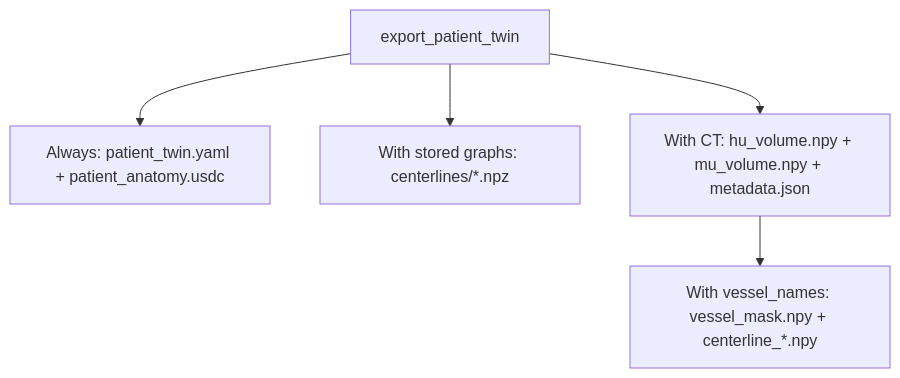
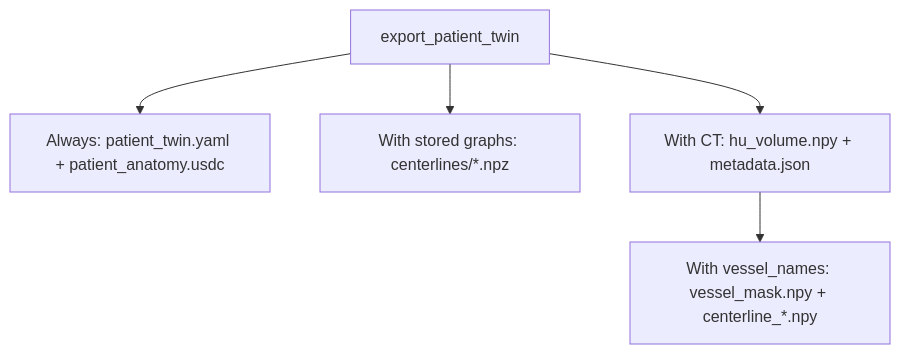
Before and after one commit to isaac-for-healthcare/i4h-digital-twin: the second of 2 diagrams in patient-digital-twin/README.md, drawn with Mermaid. The commit also changed other lines of this file and 19 other files, not shown here.

````diff
--- a/patient-digital-twin/README.md
+++ b/patient-digital-twin/README.md
@@ -106,7 +106,7 @@
 ```mermaid
 flowchart TD
     E["export_patient_twin"] --> A["Always: patient_twin.yaml + patient_anatomy.usdc"]
     E --> G["With stored graphs: centerlines/*.npz"]
-    E --> T["With CT: hu_volume.npy + mu_volume.npy + metadata.json"]
+    E --> T["With CT: hu_volume.npy + metadata.json"]
     T --> V["With vessel_names: vessel_mask.npy + centerline_*.npy"]
 ```
````
